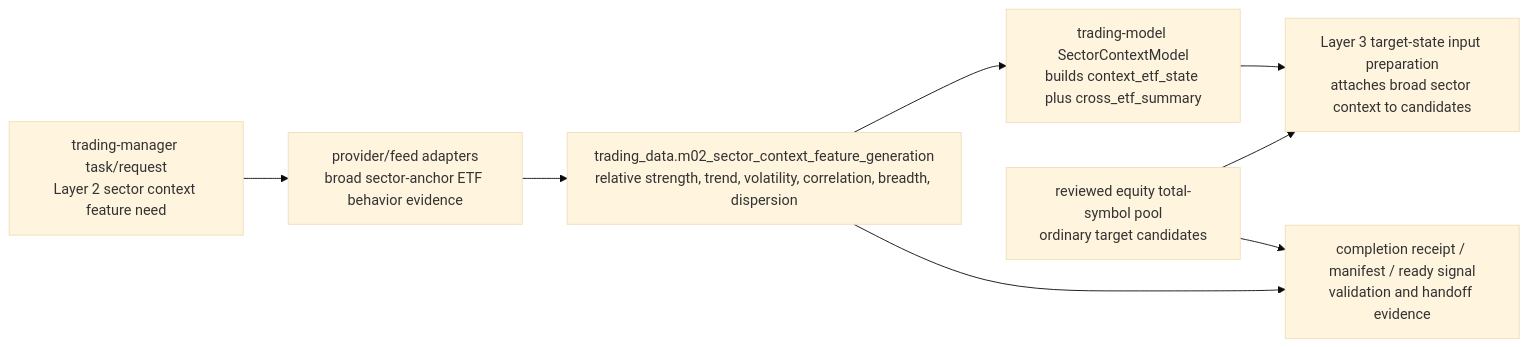
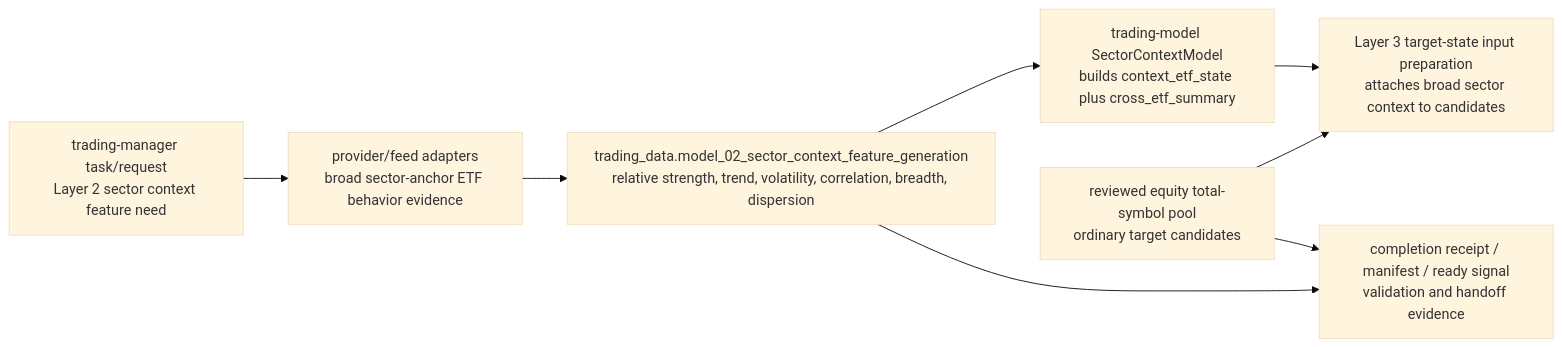
The diagram in docs/11_layer_02_sector_context.md (gilmore307/trading-data), drawn with Mermaid (base theme) before and after one commit. The commit also changed other lines of this file and 33 other files, not shown here.

````diff
--- a/docs/11_layer_02_sector_context.md
+++ b/docs/11_layer_02_sector_context.md
@@ -37,15 +37,15 @@
 ```mermaid
 flowchart LR
     request["trading-manager task/request<br/>Layer 2 sector context feature need"]
     feeds["provider/feed adapters<br/>broad sector-anchor ETF behavior evidence"]
-    feature["trading_data.m02_sector_context_feature_generation<br/>relative strength, trend, volatility, correlation, breadth, dispersion"]
+    feature["trading_data.model_02_sector_context_feature_generation<br/>relative strength, trend, volatility, correlation, breadth, dispersion"]
     model["trading-model SectorContextModel<br/>builds context_etf_state plus cross_etf_summary"]
     candidates["reviewed equity total-symbol pool<br/>ordinary target candidates"]
     downstream["Layer 3 target-state input preparation<br/>attaches broad sector context to candidates"]
     receipt["completion receipt / manifest / ready signal<br/>validation and handoff evidence"]
 
     request --> feeds --> feature --> model --> downstream
     candidates --> downstream
     feature --> receipt
     candidates --> receipt
 ```
````
